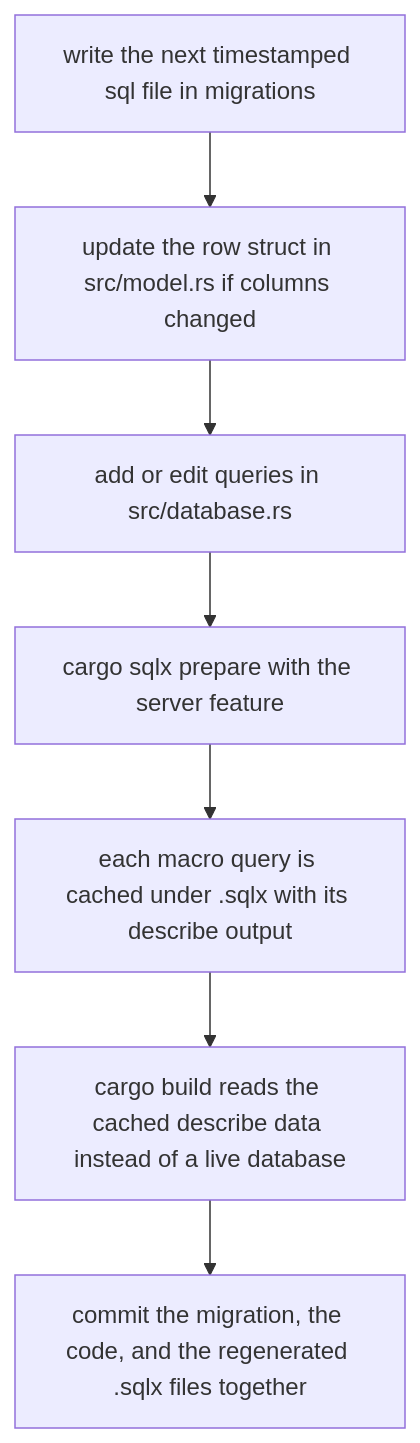
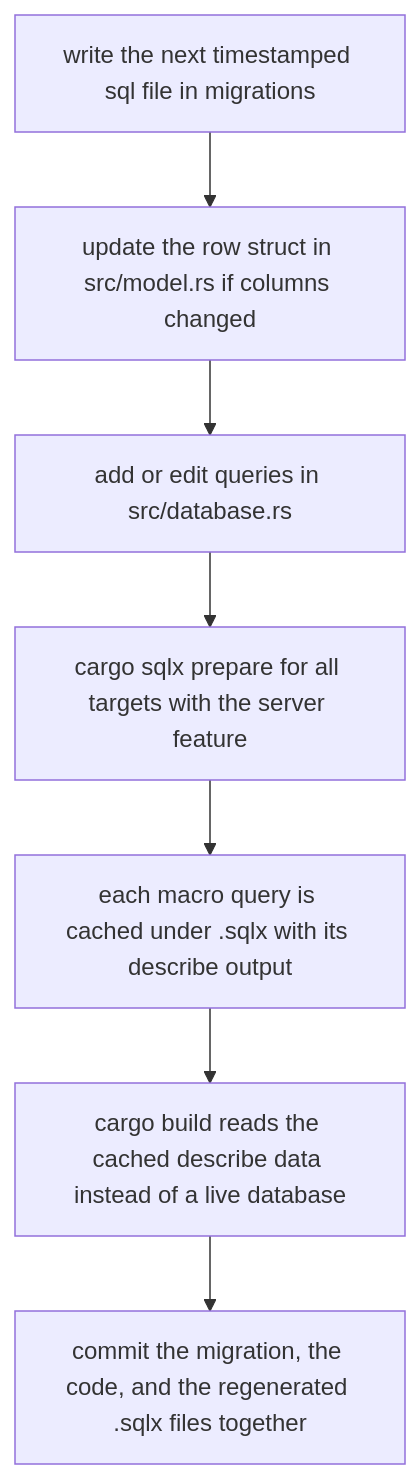
The second of 2 diagrams in openwiki/architecture/data-model-and-migrations.md (alucryd/oxyromon), drawn with Mermaid before and after one commit. The commit also changed other lines of this file and 47 other files, not shown here.

````diff
--- a/openwiki/architecture/data-model-and-migrations.md
+++ b/openwiki/architecture/data-model-and-migrations.md
@@ -526,9 +528,9 @@
 ```mermaid
 flowchart TD
   A["write the next timestamped sql file in migrations"] --> B["update the row struct in src/model.rs if columns changed"]
   B --> C["add or edit queries in src/database.rs"]
-  C --> D["cargo sqlx prepare with the server feature"]
+  C --> D["cargo sqlx prepare for all targets with the server feature"]
   D --> E["each macro query is cached under .sqlx with its describe output"]
   E --> F["cargo build reads the cached describe data instead of a live database"]
   F --> G["commit the migration, the code, and the regenerated .sqlx files together"]
 ```
````
